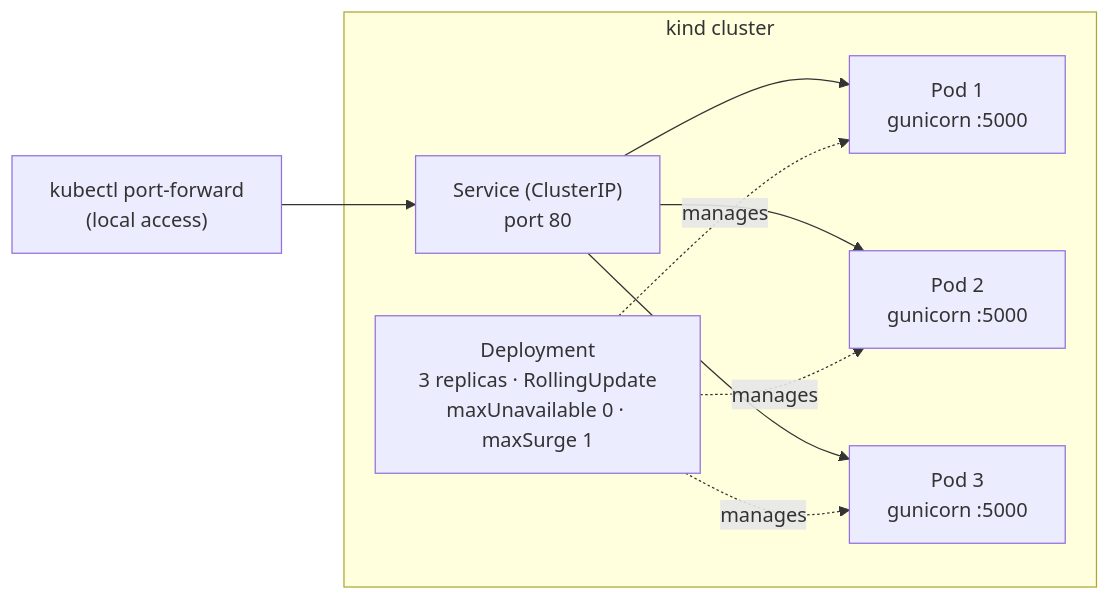
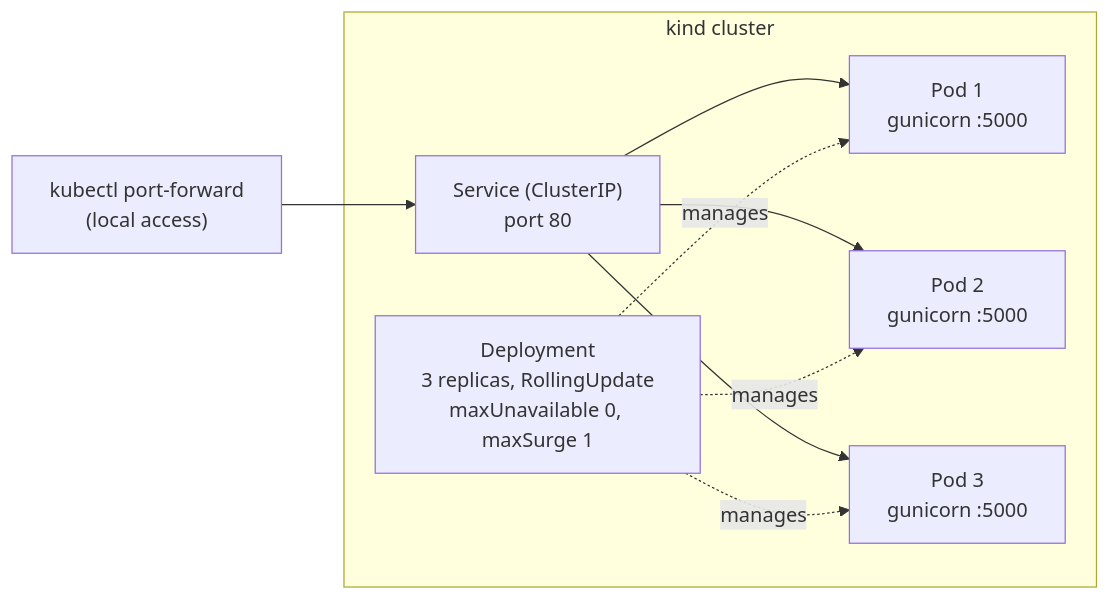
Before and after one commit to Priyanshu-1706/k8s-self-healing-app: the diagram in README.md, drawn with Mermaid. The commit also changed other lines of this file and 2 other files, not shown here.

````diff
--- a/README.md
+++ b/README.md
@@ -24,14 +25,14 @@
 ```mermaid
 flowchart LR
     U["kubectl port-forward<br/>(local access)"] --> SVC
 
     subgraph K["kind cluster"]
         SVC["Service (ClusterIP)<br/>port 80"] --> P1["Pod 1<br/>gunicorn :5000"]
         SVC --> P2["Pod 2<br/>gunicorn :5000"]
         SVC --> P3["Pod 3<br/>gunicorn :5000"]
-        D["Deployment<br/>3 replicas · RollingUpdate<br/>maxUnavailable 0 · maxSurge 1"]
+        D["Deployment<br/>3 replicas, RollingUpdate<br/>maxUnavailable 0, maxSurge 1"]
         D -. manages .-> P1
         D -. manages .-> P2
         D -. manages .-> P3
     end
 ```
````
